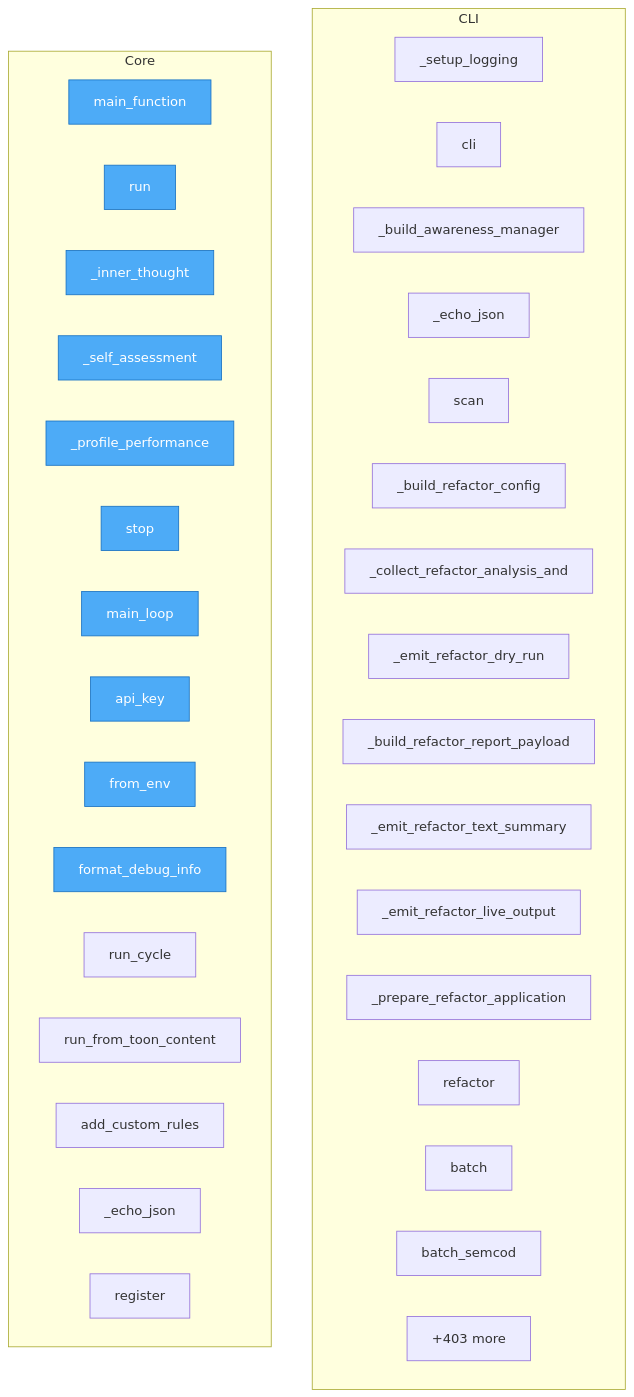
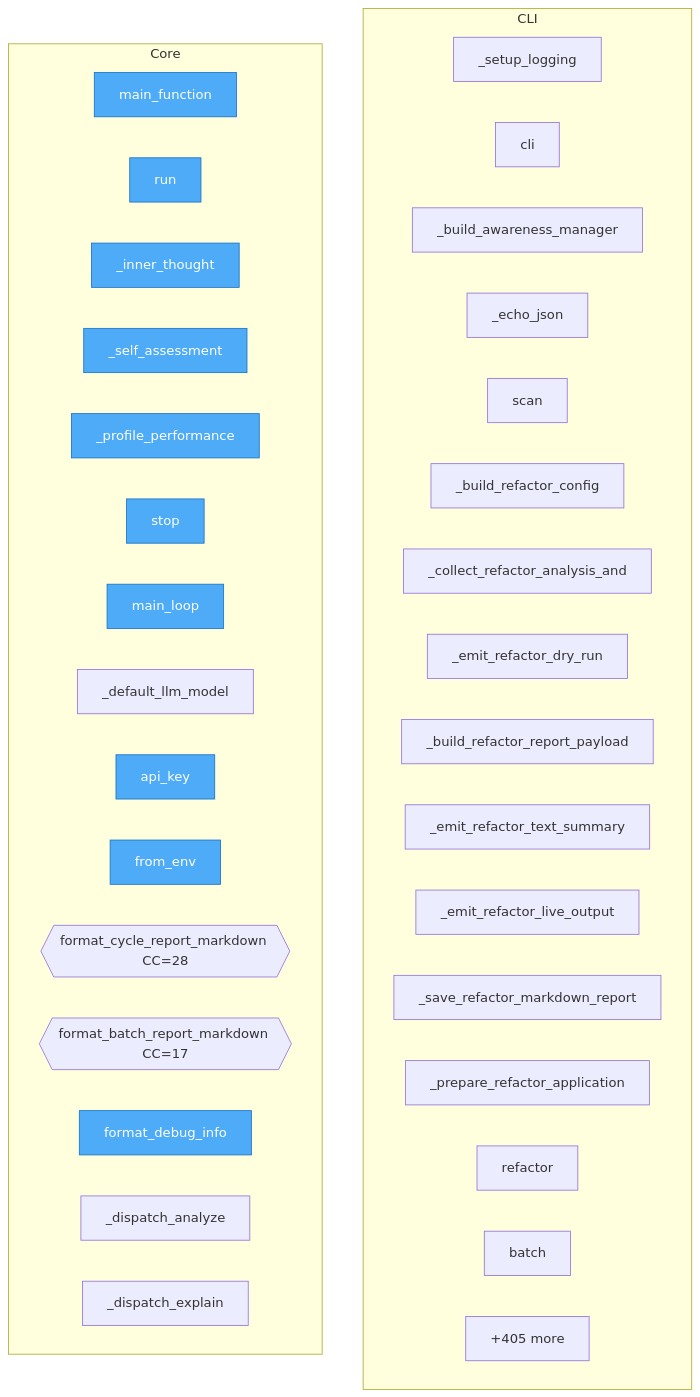
One commit to semcod/redsl changed the diagram in project/flow.mmd. Above: the diagram before and after it, drawn with Mermaid. The commit also changed 33 other files, not shown here.

```diff
--- a/project/flow.mmd
+++ b/project/flow.mmd
@@ -1,44 +1,44 @@
 flowchart TD
 
     %% Entry points (blue)
     classDef entry fill:#4dabf7,stroke:#1971c2,color:#fff
 
     subgraph CLI
         redsl__cli___setup_logging["_setup_logging"]
         redsl__cli__cli["cli"]
         redsl__cli___build_awareness_manager["_build_awareness_manager"]
         redsl__cli___echo_json["_echo_json"]
         redsl__cli__scan["scan"]
         redsl__cli___build_refactor_config["_build_refactor_config"]
         redsl__cli___collect_refactor_analysis_and_decisions["_collect_refactor_analysis_and"]
         redsl__cli___emit_refactor_dry_run["_emit_refactor_dry_run"]
         redsl__cli___build_refactor_report_payload["_build_refactor_report_payload"]
         redsl__cli___emit_refactor_text_summary["_emit_refactor_text_summary"]
         redsl__cli___emit_refactor_live_output["_emit_refactor_live_output"]
+        redsl__cli___save_refactor_markdown_report["_save_refactor_markdown_report"]
         redsl__cli___prepare_refactor_application["_prepare_refactor_application"]
         redsl__cli__refactor["refactor"]
         redsl__cli__batch["batch"]
-        redsl__cli__batch_semcod["batch_semcod"]
-        ...["+9 more"]
+        ...["+10 more"]
     end
 
     subgraph Core
         refactor_output__refactor_extract_functions_20260407_143102__00_app__models__main_function["main_function"]
         redsl__consciousness_loop__ConsciousnessLoop__run["run"]
         redsl__consciousness_loop__ConsciousnessLoop___inner_thought["_inner_thought"]
         redsl__consciousness_loop__ConsciousnessLoop___self_assessment["_self_assessment"]
         redsl__consciousness_loop__ConsciousnessLoop___profile_performance["_profile_performance"]
         redsl__consciousness_loop__ConsciousnessLoop__stop["stop"]
         redsl__consciousness_loop__main_loop["main_loop"]
+        redsl__config___default_llm_model["_default_llm_model"]
         redsl__config__LLMConfig__api_key["api_key"]
         redsl__config__AgentConfig__from_env["from_env"]
+        redsl__formatters__format_cycle_report_markdown{{format_cycle_report_markdown CC=28}}
+        redsl__formatters__format_batch_report_markdown{{format_batch_report_markdown CC=17}}
         redsl__formatters__format_debug_info["format_debug_info"]
-        redsl__orchestrator__RefactorOrchestrator__run_cycle["run_cycle"]
-        redsl__orchestrator__RefactorOrchestrator__run_from_toon_content["run_from_toon_content"]
-        redsl__orchestrator__RefactorOrchestrator__add_custom_rules["add_custom_rules"]
-        redsl__commands__cli_awareness___echo_json["_echo_json"]
-        redsl__commands__cli_awareness__register["register"]
-        ...["+403 more"]
+        redsl__main___dispatch_analyze["_dispatch_analyze"]
+        redsl__main___dispatch_explain["_dispatch_explain"]
+        ...["+405 more"]
     end
 
     class refactor_output__refactor_extract_functions_20260407_143102__00_app__models__main_function,redsl__consciousness_loop__ConsciousnessLoop__run,redsl__consciousness_loop__ConsciousnessLoop___inner_thought,redsl__consciousness_loop__ConsciousnessLoop___self_assessment,redsl__consciousness_loop__ConsciousnessLoop___profile_performance,redsl__consciousness_loop__ConsciousnessLoop__stop,redsl__consciousness_loop__main_loop,redsl__config__LLMConfig__api_key,redsl__config__AgentConfig__from_env,redsl__formatters__format_debug_info entry
```
